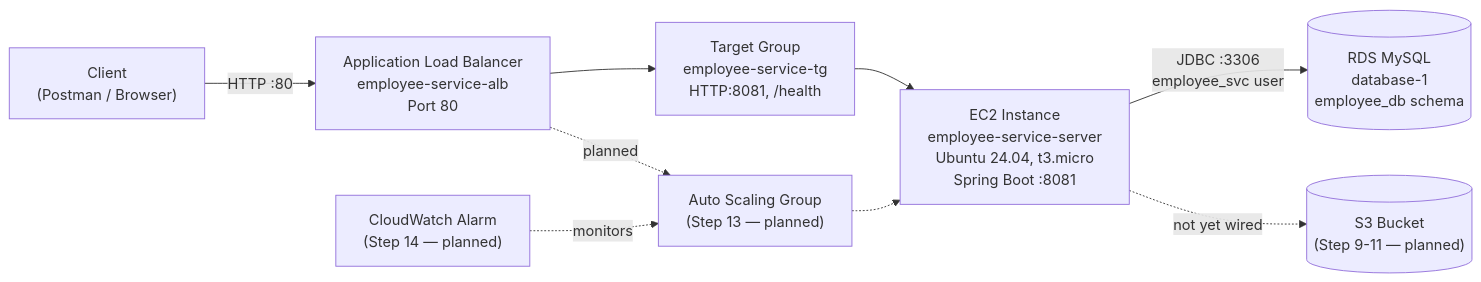
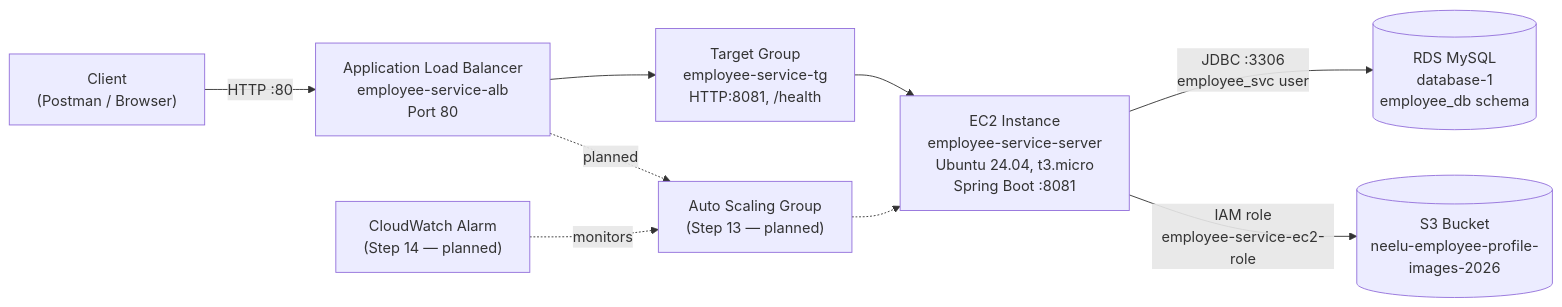
Before and after one commit to temptation4/employee-management-aws-guide: the diagram in AWS_DEPLOYMENT_GUIDE.md, drawn with Mermaid. The commit also changed other lines of this file and 13 other files, not shown here.

````diff
--- a/AWS_DEPLOYMENT_GUIDE.md
+++ b/AWS_DEPLOYMENT_GUIDE.md
@@ -11,21 +11,21 @@
 ```mermaid
 flowchart LR
     Client["Client\n(Postman / Browser)"]
     ALB["Application Load Balancer\nemployee-service-alb\nPort 80"]
     TG["Target Group\nemployee-service-tg\nHTTP:8081, /health"]
     EC2["EC2 Instance\nemployee-service-server\nUbuntu 24.04, t3.micro\nSpring Boot :8081"]
     RDS[("RDS MySQL\ndatabase-1\nemployee_db schema")]
 
     Client -->|HTTP :80| ALB
     ALB --> TG
     TG --> EC2
     EC2 -->|JDBC :3306\nemployee_svc user| RDS
+    EC2 -->|IAM role\nemployee-service-ec2-role| S3
 
-    S3[("S3 Bucket\n(Step 9-11 — planned)")]
+    S3[("S3 Bucket\nneelu-employee-profile-images-2026")]
     ASG["Auto Scaling Group\n(Step 13 — planned)"]
     CW["CloudWatch Alarm\n(Step 14 — planned)"]
-    EC2 -.->|not yet wired| S3
     ALB -.->|planned| ASG
     ASG -.-> EC2
     CW -.->|monitors| ASG
 ```
````
